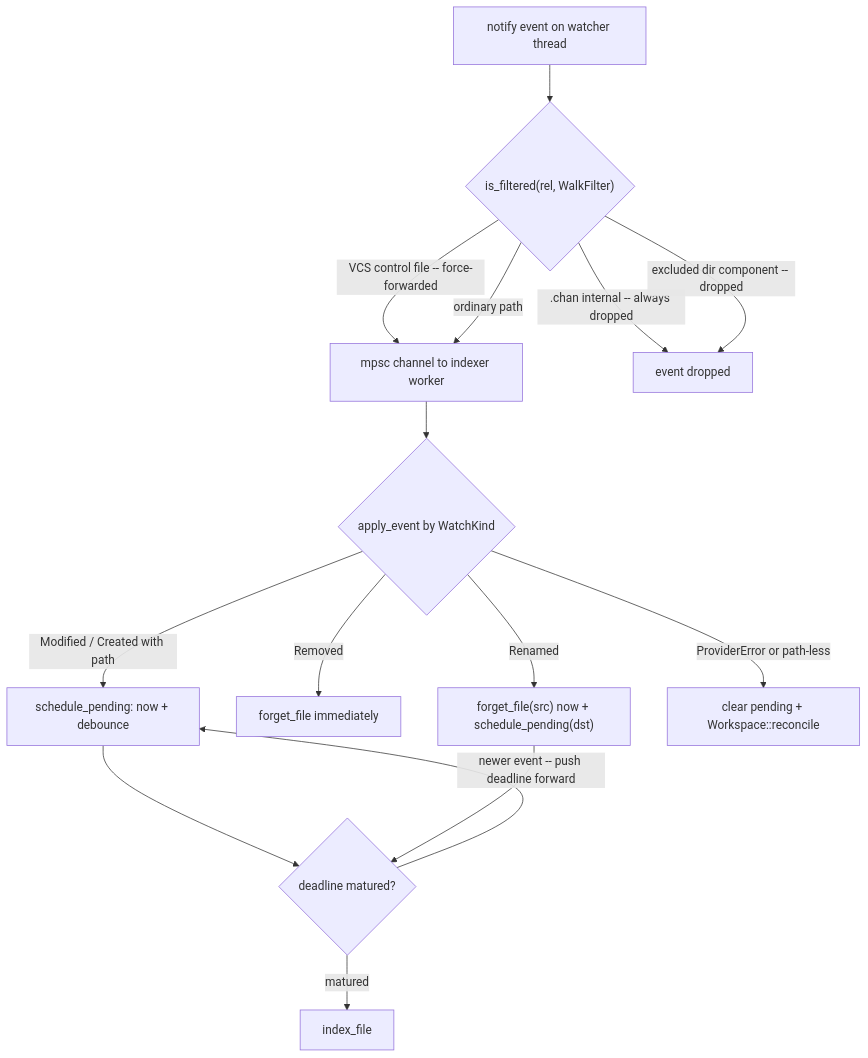
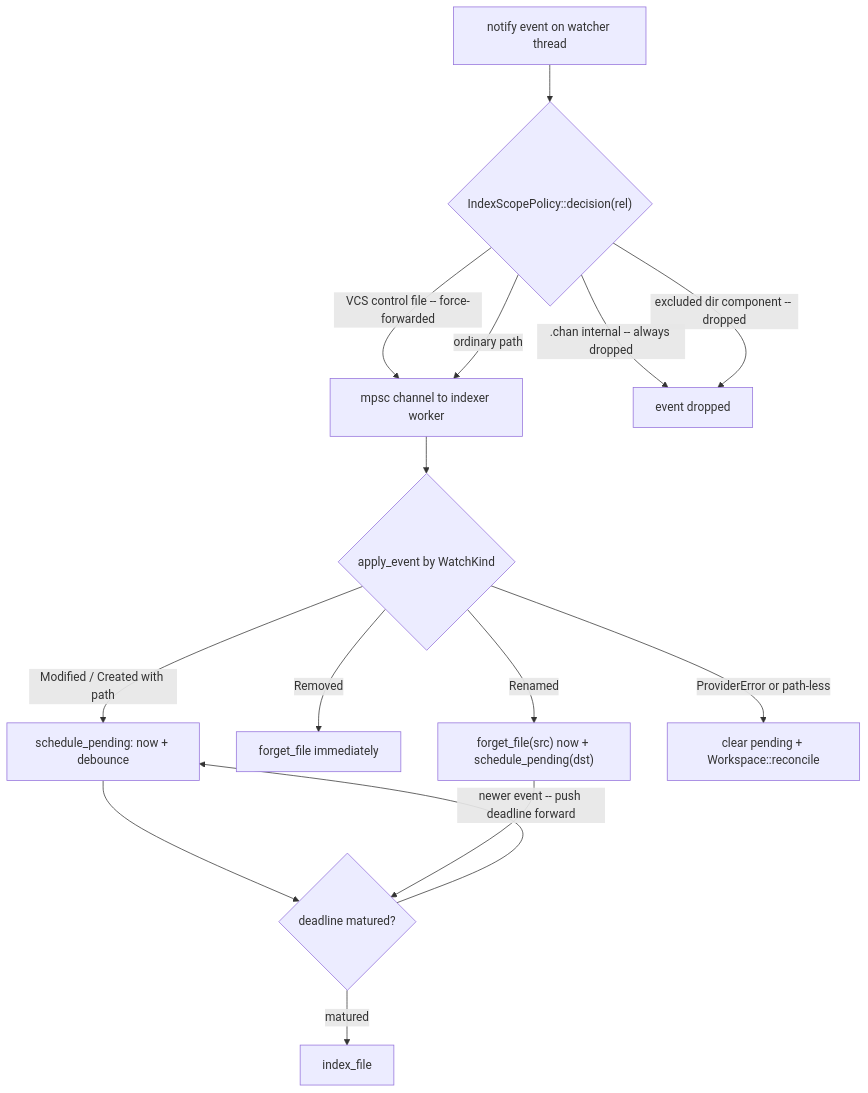
Before and after one commit to fiorix/chan: the third of 4 diagrams in crates/chan-workspace/design.md, drawn with Mermaid. The commit also changed other lines of this file and 11 other files, not shown here.

First line of the commit message:
feat(workspace): unify generated index scope

````diff
--- a/crates/chan-workspace/design.md
+++ b/crates/chan-workspace/design.md
@@ -314,17 +314,17 @@
 ```mermaid
 flowchart TD
-  Notify["notify event on watcher thread"] --> Filter{"is_filtered(rel, WalkFilter)"}
+  Notify["notify event on watcher thread"] --> Filter{"IndexScopePolicy::decision(rel)"}
   Filter -->|"VCS control file -- force-forwarded"| Send
   Filter -->|".chan internal -- always dropped"| Drop["event dropped"]
   Filter -->|"excluded dir component -- dropped"| Drop
   Filter -->|"ordinary path"| Send["mpsc channel to indexer worker"]
   Send --> Apply{"apply_event by WatchKind"}
   Apply -->|"Modified / Created with path"| Sched["schedule_pending: now + debounce"]
   Apply -->|"Removed"| Forget["forget_file immediately"]
   Apply -->|"Renamed"| Rename["forget_file(src) now + schedule_pending(dst)"]
   Apply -->|"ProviderError or path-less"| Recon["clear pending + Workspace::reconcile"]
   Sched --> Deadline{"deadline matured?"}
   Rename --> Deadline
   Deadline -->|"newer event -- push deadline forward"| Sched
   Deadline -->|"matured"| Index["index_file"]
 ```
````
